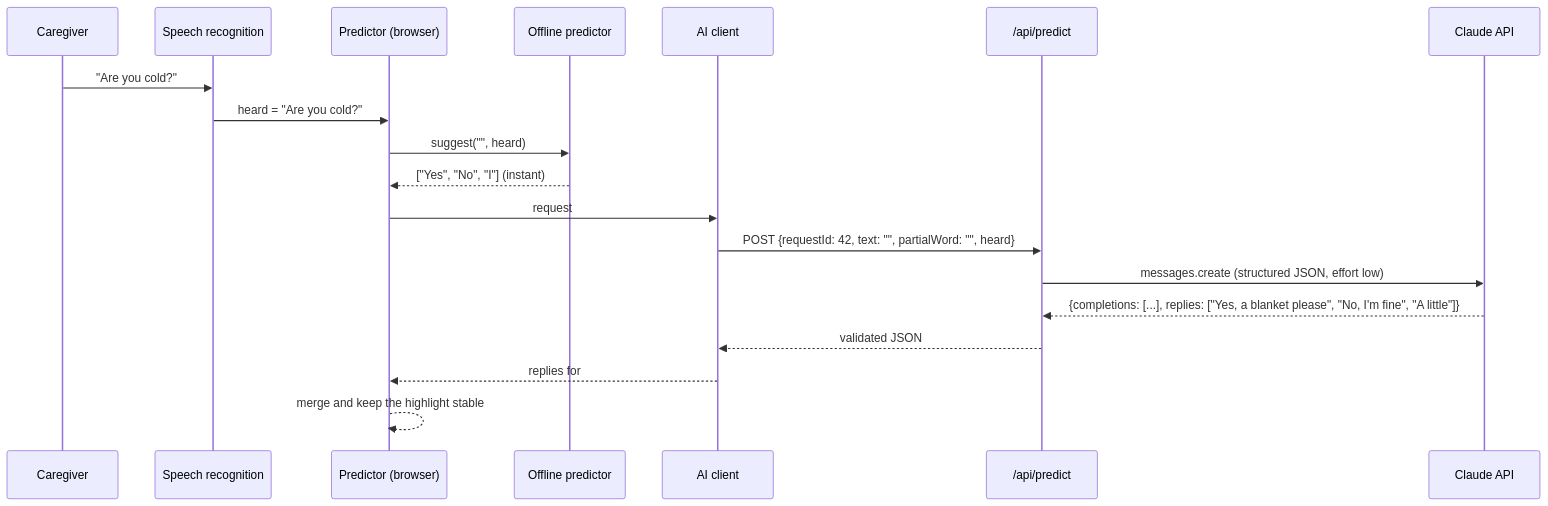
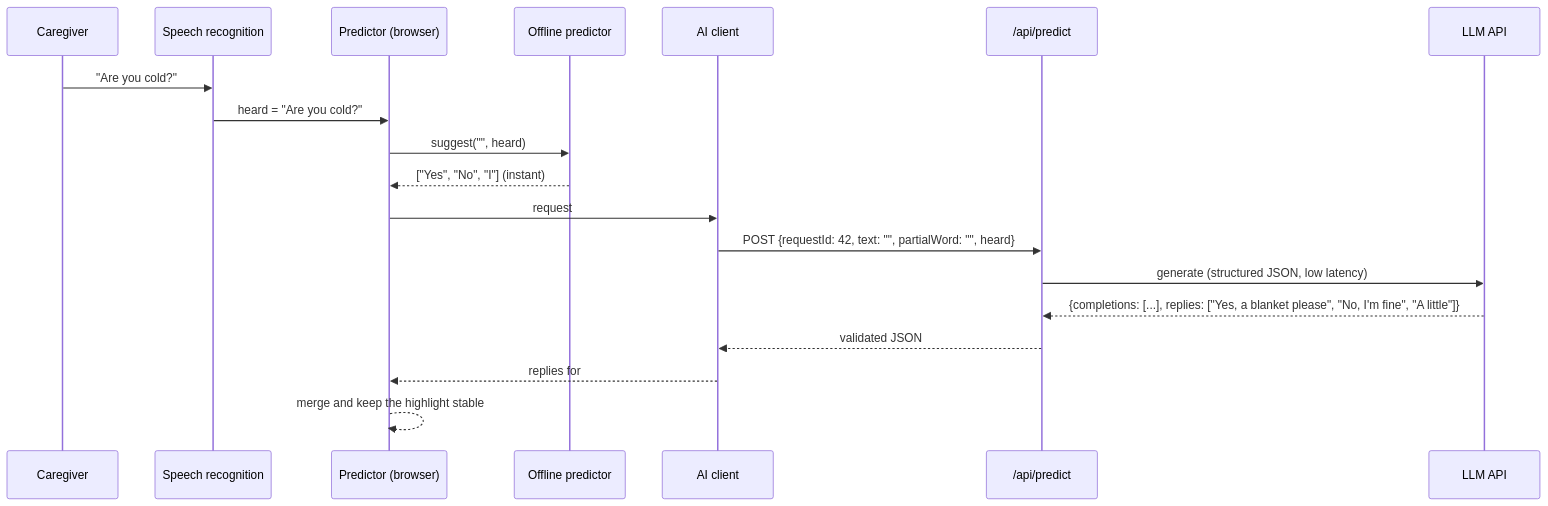
Before and after one commit to HackAngeldon/spirit-telegraph: the diagram in .kiro/specs/predictions/design.md, drawn with Mermaid. The commit also changed other lines of this file and 7 other files, not shown here.

````diff
--- a/.kiro/specs/predictions/design.md
+++ b/.kiro/specs/predictions/design.md
@@ -4,21 +4,21 @@
 ```mermaid
 sequenceDiagram
   participant C as Caregiver
   participant SR as Speech recognition
   participant P as Predictor (browser)
   participant O as Offline predictor
   participant A as AI client
   participant X as /api/predict
-  participant M as Claude API
+  participant M as LLM API
   C->>SR: "Are you cold?"
   SR->>P: heard = "Are you cold?"
   P->>O: suggest("", heard)
   O-->>P: ["Yes", "No", "I"] (instant)
   P->>A: request #42 (after 250 ms debounce)
   A->>X: POST {requestId: 42, text: "", partialWord: "", heard}
-  X->>M: messages.create (structured JSON, effort low)
+  X->>M: generate (structured JSON, low latency)
   M-->>X: {completions: [...], replies: ["Yes, a blanket please", "No, I'm fine", "A little"]}
   X-->>A: validated JSON
   A-->>P: replies for #42 (dropped if #43 was already sent)
   P-->>P: merge and keep the highlight stable
 ```
````
